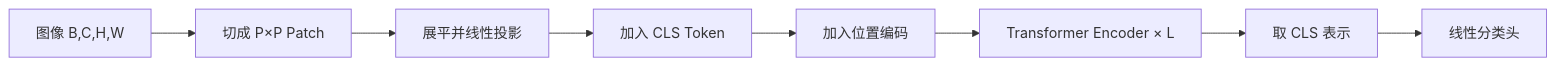
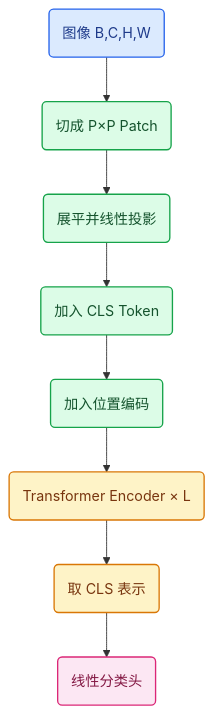
The diagram in docs/posts/AI基础/ViT视觉Transformer原理与源码解读.md (XuelinHu/blogs), drawn with Mermaid before and after one commit. The commit also changed 10 other files, not shown here.

Commit message:
style: improve mermaid flowchart layout and colors

````diff
--- a/docs/posts/AI基础/ViT视觉Transformer原理与源码解读.md
+++ b/docs/posts/AI基础/ViT视觉Transformer原理与源码解读.md
@@ -32,10 +32,14 @@
 ```mermaid
-flowchart LR
-    A[图像 B,C,H,W] --> B[切成 P×P Patch]
-    B --> C[展平并线性投影]
-    C --> D[加入 CLS Token]
-    D --> E[加入位置编码]
-    E --> F[Transformer Encoder × L]
-    F --> G[取 CLS 表示]
-    G --> H[线性分类头]
+flowchart TB
+    classDef input fill:#dbeafe,stroke:#2563eb,color:#1e3a8a,stroke-width:1.5px
+    classDef embed fill:#dcfce7,stroke:#16a34a,color:#14532d,stroke-width:1.5px
+    classDef encoder fill:#fef3c7,stroke:#d97706,color:#78350f,stroke-width:1.5px
+    classDef output fill:#fce7f3,stroke:#db2777,color:#831843,stroke-width:1.5px
+    A(图像 B,C,H,W):::input --> B(切成 P×P Patch):::embed
+    B --> C(展平并线性投影):::embed
+    C --> D(加入 CLS Token):::embed
+    D --> E(加入位置编码):::embed
+    E --> F(Transformer Encoder × L):::encoder
+    F --> G(取 CLS 表示):::encoder
+    G --> H(线性分类头):::output
 ```
````
